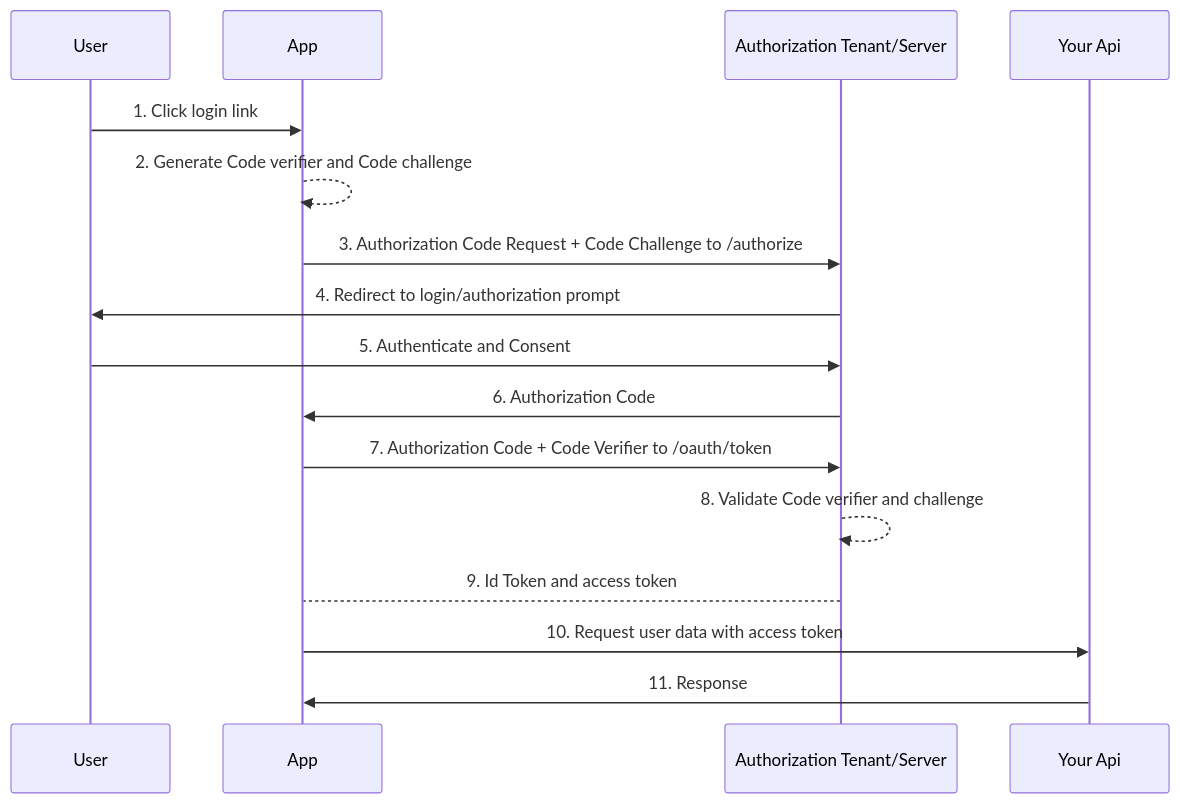
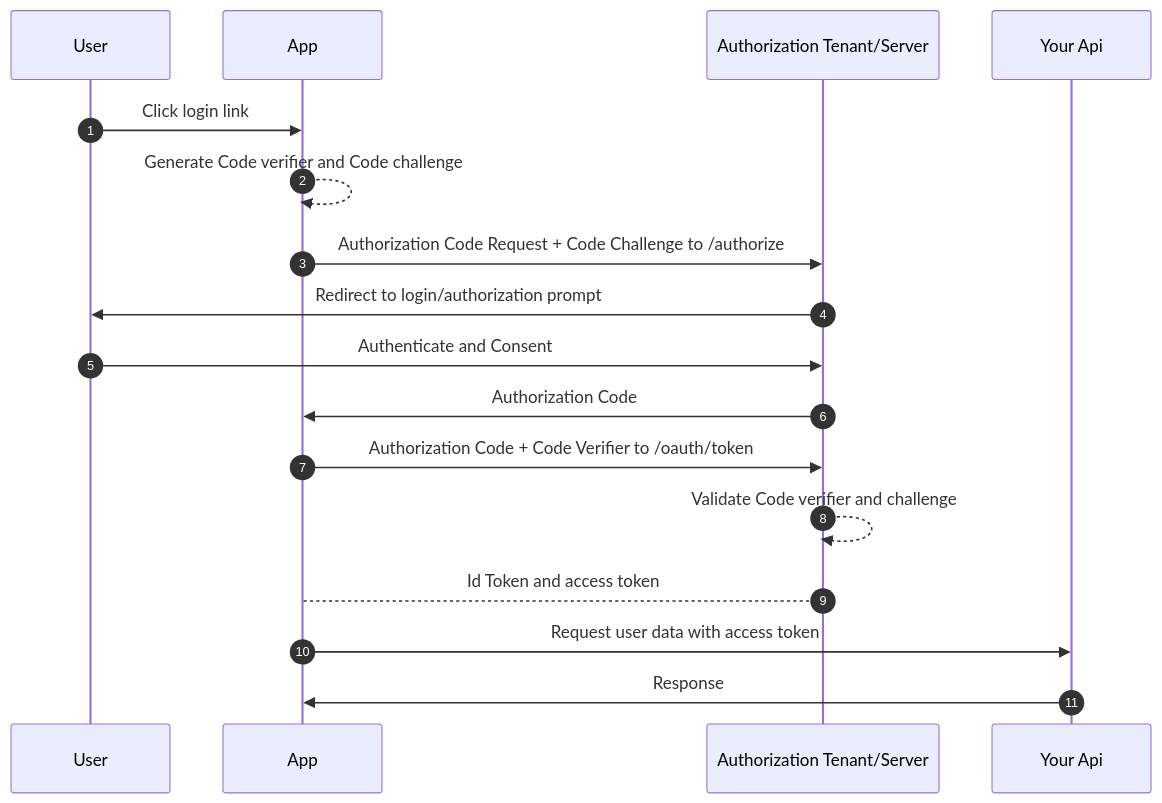
The diagram in _posts/2022-11-15-react-and-node-backend-authentication-authorization.md (jnre/jnre.github.io), drawn with Mermaid before and after one commit. The commit also changed other lines of this file and 16 other files, not shown here.

````diff
--- a/_posts/2022-11-15-react-and-node-backend-authentication-authorization.md
+++ b/_posts/2022-11-15-react-and-node-backend-authentication-authorization.md
@@ -27,19 +27,20 @@
 ```mermaid
 sequenceDiagram
+  autonumber
   participant User
   participant App
   participant Authorization Tenant/Server
   participant Your Api
-  User ->> App: 1. Click login link
-  App -->> App: 2. Generate Code verifier and Code challenge
-  App ->> Authorization Tenant/Server: 3. Authorization Code Request + Code Challenge to /authorize
-  Authorization Tenant/Server ->> User: 4. Redirect to login/authorization prompt
-  User ->> Authorization Tenant/Server: 5. Authenticate and Consent
-  Authorization Tenant/Server ->> App: 6. Authorization Code
-  App ->> Authorization Tenant/Server: 7. Authorization Code + Code Verifier to /oauth/token
-  Authorization Tenant/Server -->> Authorization Tenant/Server: 8. Validate Code verifier and challenge
-  Authorization Tenant/Server --> App: 9. Id Token and access token
-  App ->> Your Api: 10. Request user data with access token
-  Your Api ->> App: 11. Response
+  User ->> App: Click login link
+  App -->> App: Generate Code verifier and Code challenge
+  App ->> Authorization Tenant/Server: Authorization Code Request + Code Challenge to /authorize
+  Authorization Tenant/Server ->> User: Redirect to login/authorization prompt
+  User ->> Authorization Tenant/Server: Authenticate and Consent
+  Authorization Tenant/Server ->> App: Authorization Code
+  App ->> Authorization Tenant/Server: Authorization Code + Code Verifier to /oauth/token
+  Authorization Tenant/Server -->> Authorization Tenant/Server: Validate Code verifier and challenge
+  Authorization Tenant/Server --> App: Id Token and access token
+  App ->> Your Api: Request user data with access token
+  Your Api ->> App: Response
 
 ```
````
